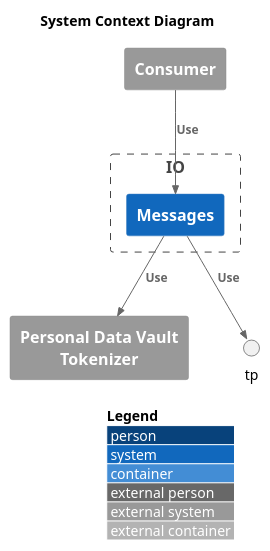
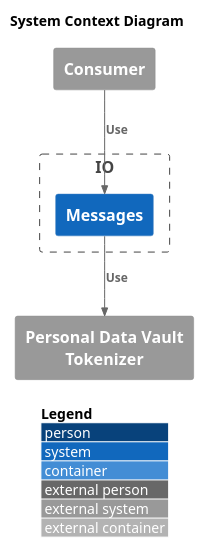
One commit to pagopa/io-messages changed the diagram in docs/data-plan/system-context.puml. Above: the diagram before and after it, drawn with PlantUML. The commit also changed 1 other file, not shown here.

```diff
--- a/docs/data-plan/system-context.puml
+++ b/docs/data-plan/system-context.puml
@@ -1,21 +1,20 @@
 @startuml data-plan-system-context
 !include <C4/C4_Context>
 !include <C4/C4_Container>
 
 LAYOUT_WITH_LEGEND()
 
 title System Context Diagram
 
 System_Ext(consumer, "Consumer")
 
 Boundary(io, "IO") {
   System(io_msgs, "Messages")
 }
 
 System_Ext(pdv, "Personal Data Vault Tokenizer")
 
 Rel(consumer, io_msgs, "Use")
 Rel(io_msgs, pdv, "Use")
-Rel(io_msgs, tp, "Use")
 
 @enduml
```
